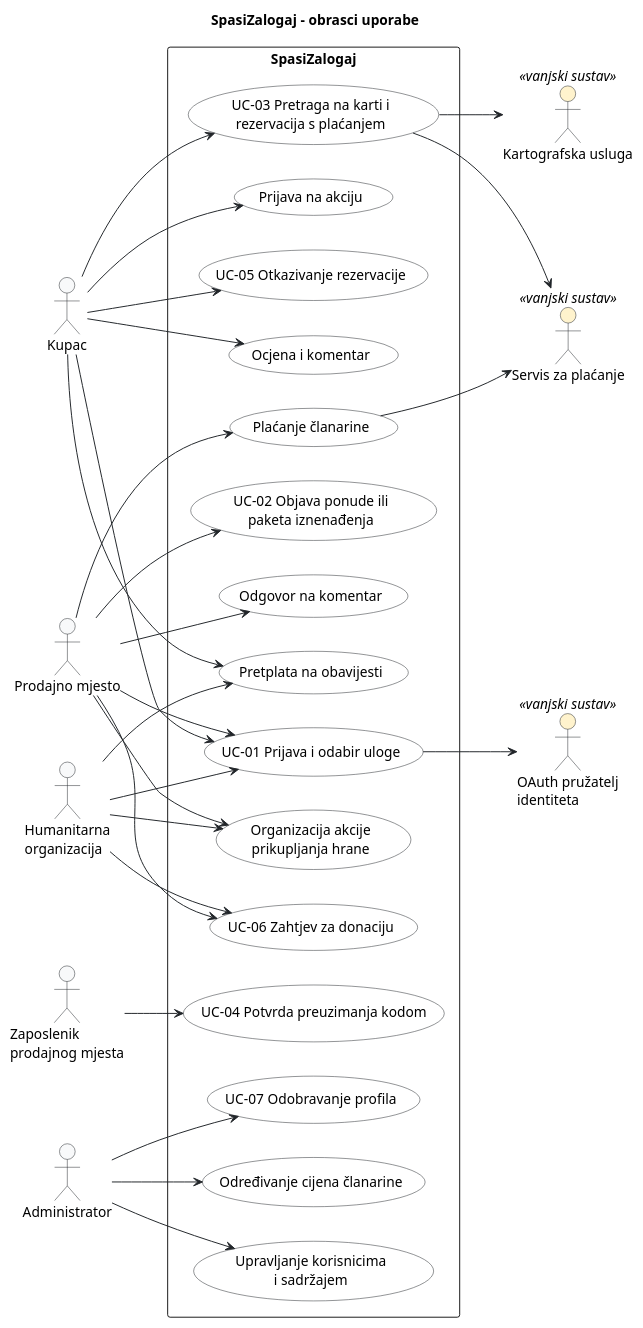
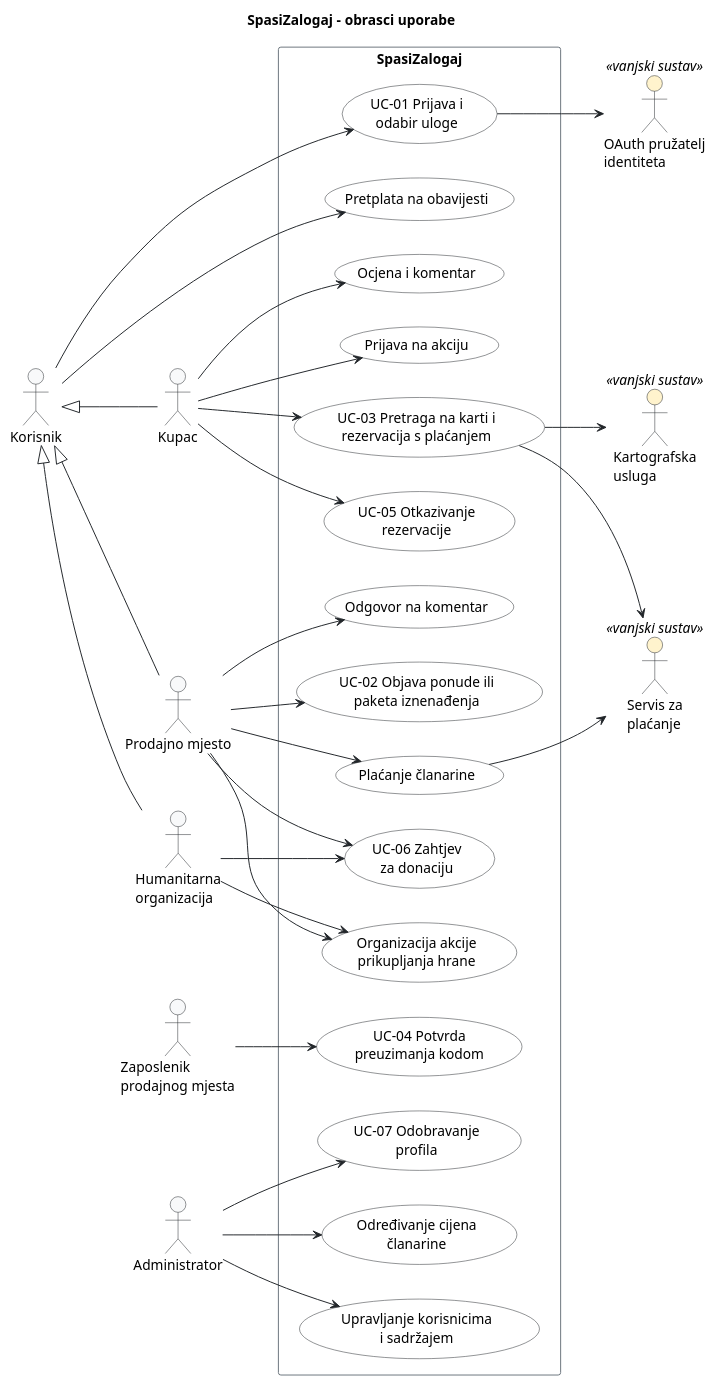
One commit to frenki1004/Menzory changed the diagram in docs/puml/3-1-spasizalogaj-system-UC.puml. Above: the diagram before and after it, drawn with PlantUML. The commit also changed 2 other files, not shown here.

Commit message:
docs: pregledniji dijagram obrazaca uporabe (opći akter Korisnik)

```diff
--- a/docs/puml/3-1-spasizalogaj-system-UC.puml
+++ b/docs/puml/3-1-spasizalogaj-system-UC.puml
@@ -14,77 +14,91 @@
 @startuml
 title SpasiZalogaj – obrasci uporabe
 left to right direction
 
 skinparam shadowing false
 skinparam defaultFontName Arial
 skinparam ArrowColor #212529
 skinparam actor {
     BackgroundColor #F8F9FA
     BorderColor #212529
     BackgroundColor<<vanjski sustav>> #FFF3CD
 }
 skinparam usecase {
     BackgroundColor #FFFFFF
     BorderColor #212529
 }
+skinparam rectangle {
+    BorderColor #6C757D
+}
 
+' Opći akter: zajednički obrasci uporabe svih registriranih korisnika
+actor "Korisnik" as Korisnik
+
+' Primarni akteri, redom kako dijele obrasce uporabe
 actor "Kupac" as Kupac
 actor "Prodajno mjesto" as Prodavac
+actor "Humanitarna\norganizacija" as Org
 actor "Zaposlenik\nprodajnog mjesta" as Zaposlenik
-actor "Humanitarna\norganizacija" as Org
 actor "Administrator" as Admin
 
-actor "OAuth pružatelj\nidentiteta" as OAuth <<vanjski sustav>>
-actor "Servis za plaćanje" as Placanje <<vanjski sustav>>
-actor "Kartografska usluga" as Karta <<vanjski sustav>>
+Kupac -up-|> Korisnik
+Prodavac -up-|> Korisnik
+Org -up-|> Korisnik
 
 rectangle "SpasiZalogaj" {
-    usecase "UC-01 Prijava i odabir uloge" as UC01
+    ' samo kupac
+    usecase "UC-03 Pretraga na karti i\nrezervacija s plaćanjem" as UC03
+    usecase "UC-05 Otkazivanje\nrezervacije" as UC05
+    usecase "Ocjena i komentar" as UCOcj
+    usecase "Prijava na akciju" as UCPrijAkc
+    ' kupac, prodajno mjesto, organizacija
+    usecase "UC-01 Prijava i\nodabir uloge" as UC01
+    usecase "Pretplata na obavijesti" as UCPret
+    ' samo prodajno mjesto
     usecase "UC-02 Objava ponude ili\npaketa iznenađenja" as UC02
-    usecase "UC-03 Pretraga na karti i\nrezervacija s plaćanjem" as UC03
-    usecase "UC-04 Potvrda preuzimanja kodom" as UC04
-    usecase "UC-05 Otkazivanje rezervacije" as UC05
-    usecase "UC-06 Zahtjev za donaciju" as UC06
-    usecase "UC-07 Odobravanje profila" as UC07
-
     usecase "Plaćanje članarine" as UCClan
-    usecase "Ocjena i komentar" as UCOcj
     usecase "Odgovor na komentar" as UCOdg
+    ' prodajno mjesto i organizacija
+    usecase "UC-06 Zahtjev\nza donaciju" as UC06
     usecase "Organizacija akcije\nprikupljanja hrane" as UCAkc
-    usecase "Prijava na akciju" as UCPrijAkc
-    usecase "Pretplata na obavijesti" as UCPret
-    usecase "Određivanje cijena članarine" as UCCij
+    ' zaposlenik
+    usecase "UC-04 Potvrda\npreuzimanja kodom" as UC04
+    ' administrator
+    usecase "UC-07 Odobravanje\nprofila" as UC07
+    usecase "Određivanje cijena\nčlanarine" as UCCij
     usecase "Upravljanje korisnicima\ni sadržajem" as UCUpr
 }
 
-Kupac --> UC01
-Prodavac --> UC01
-Org --> UC01
-UC01 --> OAuth
+' Vanjski sustavi (sekundarni akteri)
+actor "Kartografska\nusluga" as Karta <<vanjski sustav>>
+actor "OAuth pružatelj\nidentiteta" as OAuth <<vanjski sustav>>
+actor "Servis za\nplaćanje" as Placanje <<vanjski sustav>>
+
+Korisnik --> UC01
+Korisnik --> UCPret
+
+Kupac --> UC03
+Kupac --> UC05
+Kupac --> UCOcj
+Kupac --> UCPrijAkc
 
 Prodavac --> UC02
 Prodavac --> UCClan
-UCClan --> Placanje
+Prodavac --> UCOdg
+Prodavac --> UC06
+Prodavac --> UCAkc
 
-Kupac --> UC03
-UC03 --> Karta
-UC03 --> Placanje
+Org --> UC06
+Org --> UCAkc
 
 Zaposlenik --> UC04
-Kupac --> UC05
-
-Org --> UC06
-Prodavac --> UC06
 
 Admin --> UC07
 Admin --> UCCij
 Admin --> UCUpr
 
-Kupac --> UCOcj
-Prodavac --> UCOdg
-Prodavac --> UCAkc
-Org --> UCAkc
-Kupac --> UCPrijAkc
-Kupac --> UCPret
-Org --> UCPret
+UC03 --> Karta
+UC03 --> Placanje
+UC01 --> OAuth
+UCClan --> Placanje
 @enduml
```
